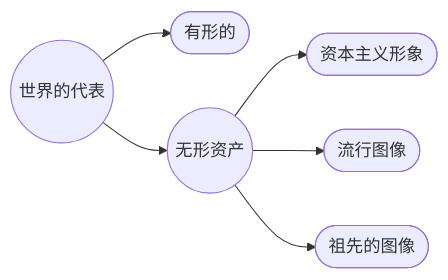
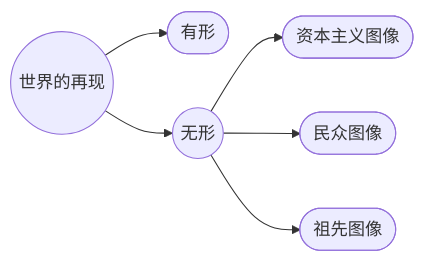
The diagram in CHN/intangible.md (EGGS-Artesvisuales/EGGS-Artesvisuales.github.io), drawn with Mermaid before and after one commit. The commit also changed other lines of this file and 77 other files, not shown here.

```diff
--- a/CHN/intangible.md
+++ b/CHN/intangible.md
@@ -34,17 +28,14 @@
 <div class="mermaid">
-graph LR
-    Representacion(("世界的代表"))
-    Representacion --> Tangible(["有形的"])
-    Representacion --> Intangible(("无形资产"))
-
-    Intangible --> Capitalismo(["资本主义形象"])
-    Intangible --> Popular(["流行图像"])
-    Intangible --> Ancestros(["祖先的图像"])
-
-    click Representacion "/CHN/mundo-exterior.html" "前往世界代表"
-    click Tangible "/CHN/tangible.html" "走向有形"
-    click Intangible "/CHN/intangible.html" "走向无形"
-    click Capitalismo "/CHN/imagenes-capitalismo.html" "前往资本主义形象"
-    click Popular "/CHN/imagenes-popular.html" "前往热门图片"
-    click Ancestros "/CHN/imagenes-ancestros.html" "前往祖先画像"
+flowchart LR
+  A((世界的再现)) --> T([有形])
+  A --> I((无形))
+  I --> C([资本主义图像])
+  I --> P([民众图像])
+  I --> AN([祖先图像])
+  click A "/CHN/mundo-exterior.html" "前往世界的再现"
+  click T "/CHN/tangible.html" "前往有形"
+  click I "/CHN/intangible.html" "您在这里"
+  click C "/CHN/imagenes-capitalismo.html" "前往资本主义图像"
+  click P "/CHN/imagenes-popular.html" "前往民众图像"
+  click AN "/CHN/imagenes-ancestros.html" "前往祖先图像"
 </div>
```
